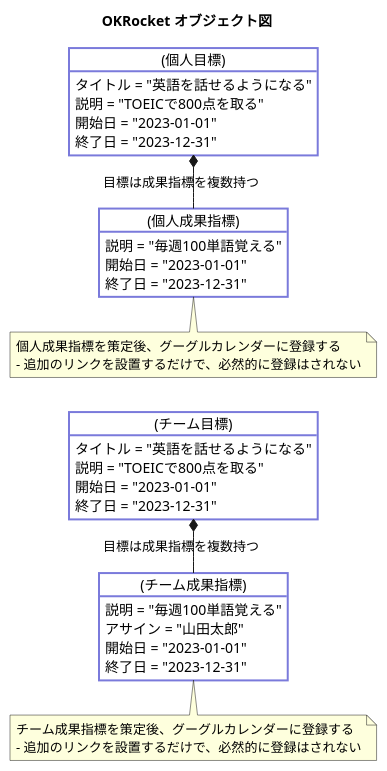
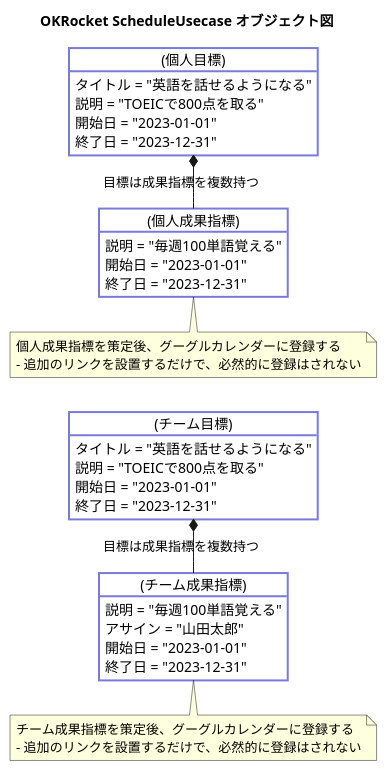
Before and after one commit to Yuma-Tsukakoshi/OKRocket: the diagram in docs/3-object/ScheduleUsecase.pu, drawn with PlantUML. The commit also changed 9 other files, not shown here.

```diff
--- a/docs/3-object/ScheduleUsecase.pu
+++ b/docs/3-object/ScheduleUsecase.pu
@@ -1,52 +1,52 @@
 @startuml
-title OKRocket オブジェクト図
+title OKRocket ScheduleUsecase オブジェクト図
 
 left to right direction
 
 skinparam object {
   BackgroundColor #ffffff
   BorderColor #7a7adb
   FontColor #000000
   BorderThickness 2
 }
 
 object "(個人目標)" as Objective {
   タイトル = "英語を話せるようになる"
   説明 = "TOEICで800点を取る"
   開始日 = "2023-01-01"
   終了日 = "2023-12-31"
 }
 object "(チーム目標)" as TeamObjective {
   タイトル = "英語を話せるようになる"
   説明 = "TOEICで800点を取る"
   開始日 = "2023-01-01"
   終了日 = "2023-12-31"
 }
 
 object "(個人成果指標)" as KeyResult {
   説明 = "毎週100単語覚える"
   開始日 = "2023-01-01"
   終了日 = "2023-12-31"
 }
 
 object "(チーム成果指標)" as TeamKeyResult {
   説明 = "毎週100単語覚える"
   アサイン = "山田太郎"
   開始日 = "2023-01-01"
   終了日 = "2023-12-31"
 }
 
 note bottom of TeamKeyResult
   チーム成果指標を策定後、グーグルカレンダーに登録する
   - 追加のリンクを設置するだけで、必然的に登録はされない
 end note
 note bottom of KeyResult
   個人成果指標を策定後、グーグルカレンダーに登録する
   - 追加のリンクを設置するだけで、必然的に登録はされない
 end note
 
 Objective *- KeyResult : "目標は成果指標を複数持つ"
 TeamObjective *-  TeamKeyResult : "目標は成果指標を複数持つ"
 
 
 @enduml
```
